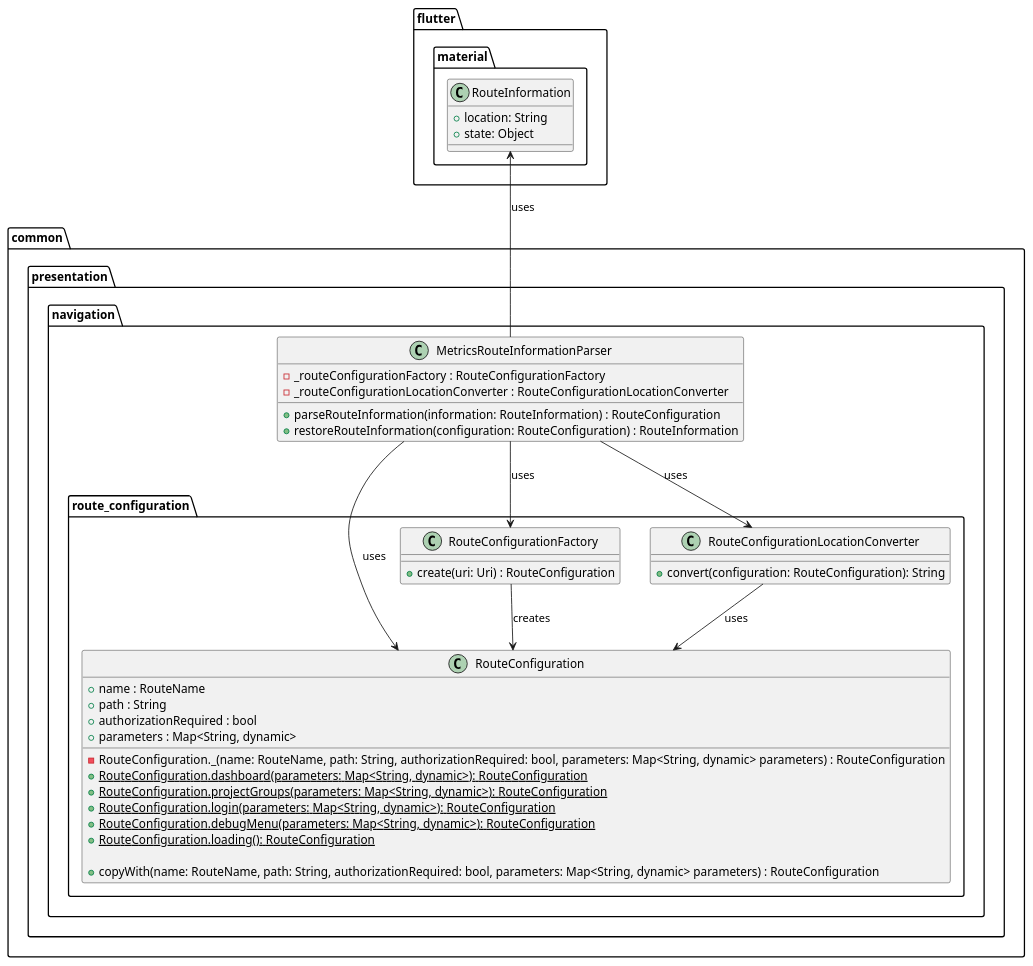
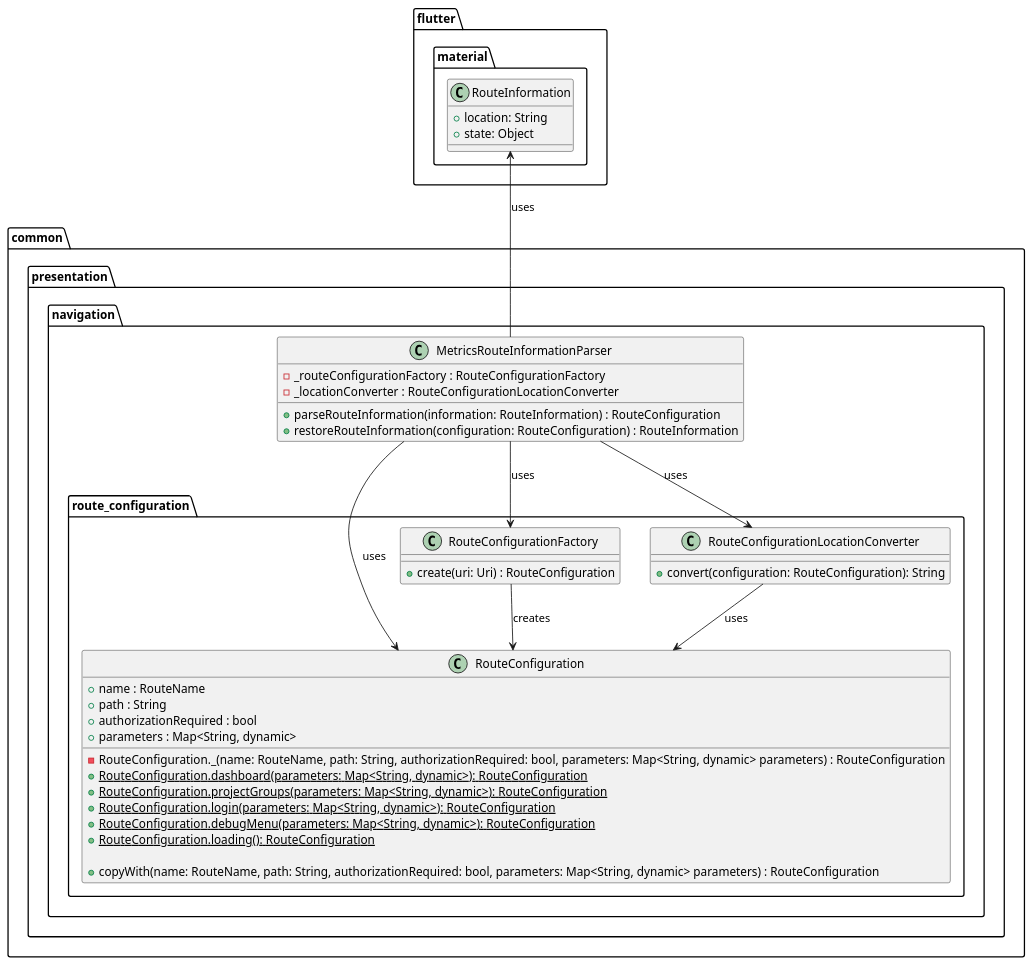
The diagram in metrics/web/docs/features/deep_links/diagrams/parsing_deep_links_class_diagram.puml (Flank/flank-dashboard), drawn with PlantUML before and after one commit. The commit also changed 1 other file, not shown here.

```diff
--- a/metrics/web/docs/features/deep_links/diagrams/parsing_deep_links_class_diagram.puml
+++ b/metrics/web/docs/features/deep_links/diagrams/parsing_deep_links_class_diagram.puml
@@ -1,55 +1,55 @@
 @startuml parsing_deep_links_class_diagram
 
 package common.presentation.navigation {
     class MetricsRouteInformationParser {
         - _routeConfigurationFactory : RouteConfigurationFactory
-        - _routeConfigurationLocationConverter : RouteConfigurationLocationConverter
+        - _locationConverter : RouteConfigurationLocationConverter
 
         + parseRouteInformation(information: RouteInformation) : RouteConfiguration
         + restoreRouteInformation(configuration: RouteConfiguration) : RouteInformation
     }
 
     package route_configuration {
         class RouteConfiguration {
             + name : RouteName
             + path : String
             + authorizationRequired : bool
             + parameters : Map<String, dynamic>
 
             - RouteConfiguration._(name: RouteName, path: String, authorizationRequired: bool, parameters: Map<String, dynamic> parameters) : RouteConfiguration
             + {static} RouteConfiguration.dashboard(parameters: Map<String, dynamic>): RouteConfiguration
             + {static} RouteConfiguration.projectGroups(parameters: Map<String, dynamic>): RouteConfiguration
             + {static} RouteConfiguration.login(parameters: Map<String, dynamic>): RouteConfiguration
             + {static} RouteConfiguration.debugMenu(parameters: Map<String, dynamic>): RouteConfiguration
             + {static} RouteConfiguration.loading(): RouteConfiguration
 
             + copyWith(name: RouteName, path: String, authorizationRequired: bool, parameters: Map<String, dynamic> parameters) : RouteConfiguration
         }
 
         class RouteConfigurationFactory {
             + create(uri: Uri) : RouteConfiguration
         }
 
         class RouteConfigurationLocationConverter {
             + convert(configuration: RouteConfiguration): String
         }
     }
 }
 
 package flutter.material {
     class RouteInformation {
         + location: String
         + state: Object
     }
 }
 
 MetricsRouteInformationParser --> RouteConfiguration : uses
 MetricsRouteInformationParser -up-> RouteInformation : uses
 MetricsRouteInformationParser --> RouteConfigurationFactory : uses
 MetricsRouteInformationParser --> RouteConfigurationLocationConverter : uses
 
 RouteConfigurationFactory --> RouteConfiguration : creates
 
 RouteConfigurationLocationConverter --> RouteConfiguration : uses
 
 @enduml
```
